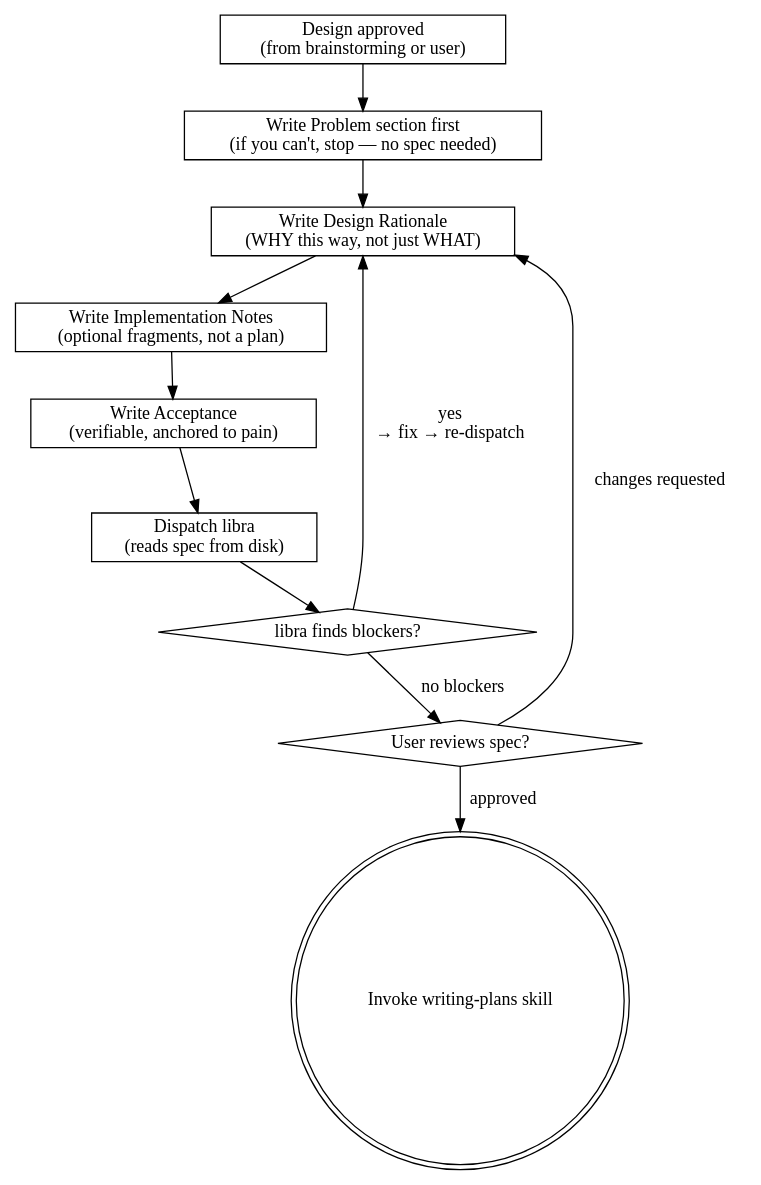
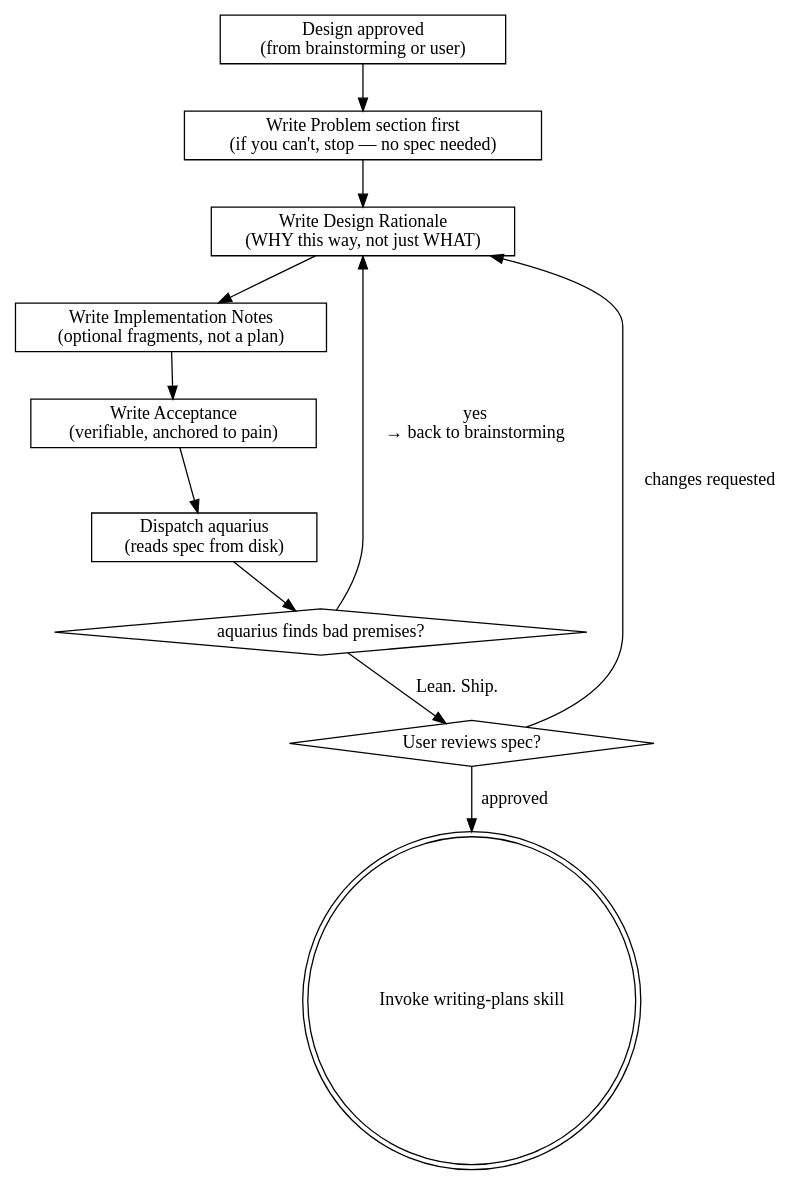
One commit to Joe-zhouman/athena-guard-superpowers changed the diagram in skills/writing-spec/SKILL.md. Above: the diagram before and after it, drawn with Graphviz. The commit also changed other lines of this file and 1 other file, not shown here.

First line of the commit message:
fix: remove libra from spec review — aquarius only

````diff
--- a/skills/writing-spec/SKILL.md
+++ b/skills/writing-spec/SKILL.md
@@ -126,24 +126,24 @@
 ```dot
 digraph writing_spec {
     "Design approved\n(from brainstorming or user)" [shape=box];
     "Write Problem section first\n(if you can't, stop — no spec needed)" [shape=box];
     "Write Design Rationale\n(WHY this way, not just WHAT)" [shape=box];
     "Write Implementation Notes\n(optional fragments, not a plan)" [shape=box];
     "Write Acceptance\n(verifiable, anchored to pain)" [shape=box];
-    "Dispatch libra\n(reads spec from disk)" [shape=box];
-    "libra finds blockers?" [shape=diamond];
+    "Dispatch aquarius\n(reads spec from disk)" [shape=box];
+    "aquarius finds bad premises?" [shape=diamond];
     "User reviews spec?" [shape=diamond];
     "Invoke writing-plans skill" [shape=doublecircle];
 
     "Design approved\n(from brainstorming or user)" -> "Write Problem section first\n(if you can't, stop — no spec needed)";
     "Write Problem section first\n(if you can't, stop — no spec needed)" -> "Write Design Rationale\n(WHY this way, not just WHAT)";
     "Write Design Rationale\n(WHY this way, not just WHAT)" -> "Write Implementation Notes\n(optional fragments, not a plan)";
     "Write Implementation Notes\n(optional fragments, not a plan)" -> "Write Acceptance\n(verifiable, anchored to pain)";
-    "Write Acceptance\n(verifiable, anchored to pain)" -> "Dispatch libra\n(reads spec from disk)";
-    "Dispatch libra\n(reads spec from disk)" -> "libra finds blockers?";
-    "libra finds blockers?" -> "Write Design Rationale\n(WHY this way, not just WHAT)" [label="yes\n→ fix → re-dispatch"];
-    "libra finds blockers?" -> "User reviews spec?" [label="no blockers"];
+    "Write Acceptance\n(verifiable, anchored to pain)" -> "Dispatch aquarius\n(reads spec from disk)";
+    "Dispatch aquarius\n(reads spec from disk)" -> "aquarius finds bad premises?";
+    "aquarius finds bad premises?" -> "Write Design Rationale\n(WHY this way, not just WHAT)" [label="yes\n→ back to brainstorming"];
+    "aquarius finds bad premises?" -> "User reviews spec?" [label="Lean. Ship."];
     "User reviews spec?" -> "Write Design Rationale\n(WHY this way, not just WHAT)" [label="changes requested"];
     "User reviews spec?" -> "Invoke writing-plans skill" [label="approved"];
 }
 ```
````
